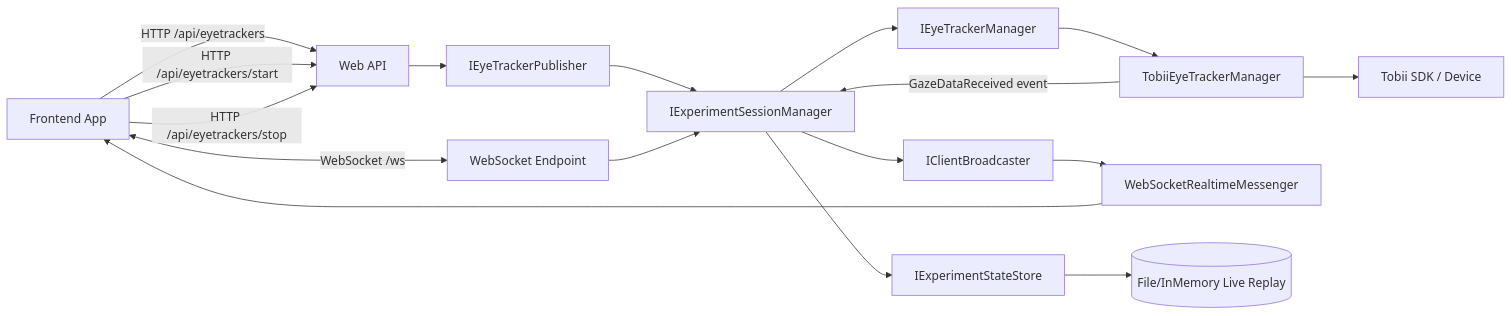
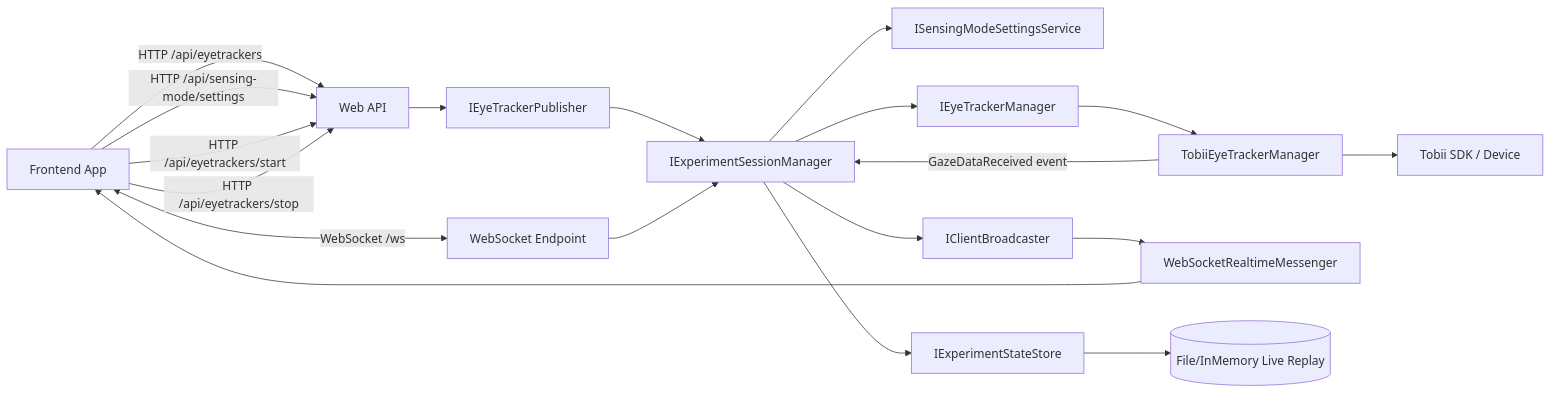
The first of 2 diagrams in DocsSite/app/backend/architecture/page.mdx (MrSachin7/reading-the-reader-monorepo), drawn with Mermaid before and after one commit. The commit also changed other lines of this file and 5 other files, not shown here.

Commit message:
feat: add mouse mode support for demos and local development, including input mode settings and synthetic gaze sample handling

````diff
--- a/DocsSite/app/backend/architecture/page.mdx
+++ b/DocsSite/app/backend/architecture/page.mdx
@@ -21,23 +21,25 @@
 ```mermaid
 flowchart LR
     FE[Frontend App] -->|HTTP /api/eyetrackers| API[Web API]
+    FE -->|HTTP /api/sensing-mode/settings| API
     FE -->|HTTP /api/eyetrackers/start| API
     FE -->|HTTP /api/eyetrackers/stop| API
     FE <-->|WebSocket /ws| WS[WebSocket Endpoint]
 
     API --> PUB[IEyeTrackerPublisher]
     PUB --> SESS[IExperimentSessionManager]
     WS --> SESS
 
+    SESS --> MODE[ISensingModeSettingsService]
     SESS --> EYE[IEyeTrackerManager]
     EYE --> TOBII[TobiiEyeTrackerManager]
     TOBII --> SDK[Tobii SDK / Device]
 
     TOBII -->|GazeDataReceived event| SESS
     SESS --> BROAD[IClientBroadcaster]
     BROAD --> WSMSG[WebSocketRealtimeMessenger]
     WSMSG --> FE
 
     SESS --> SNAP[IExperimentStateStore]
     SNAP --> FILE[(File/InMemory Live Replay)]
 ```
````
